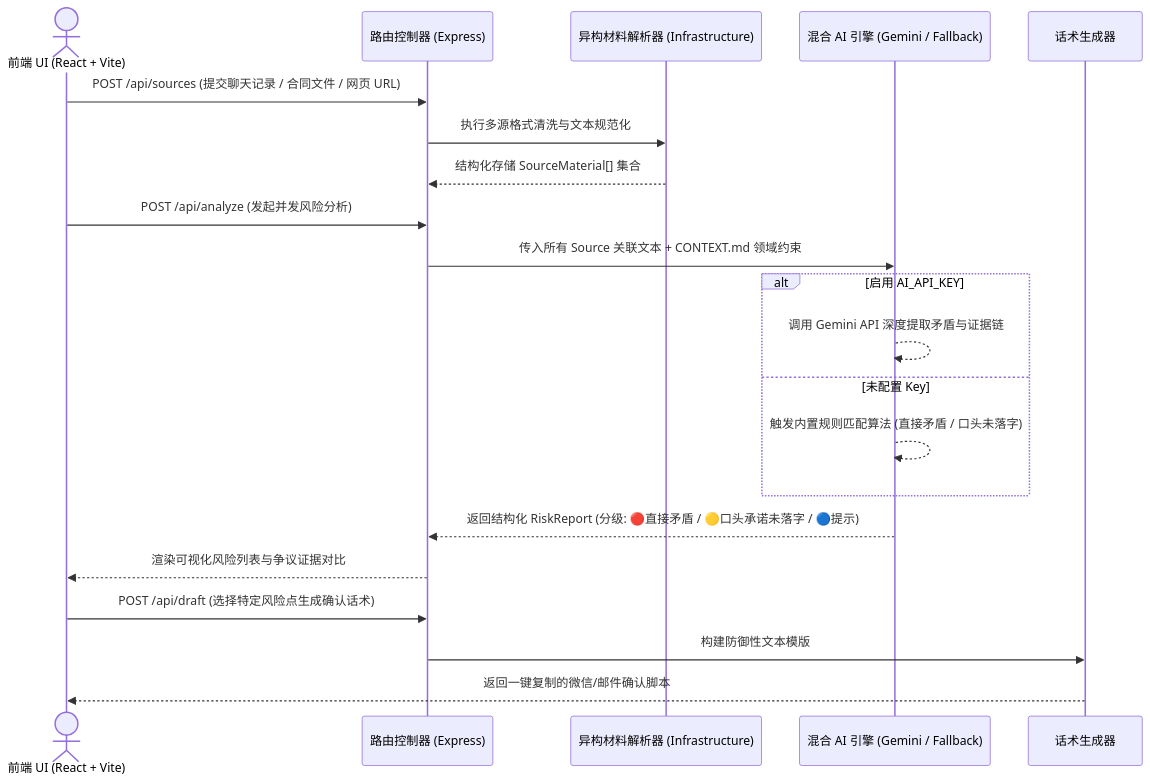
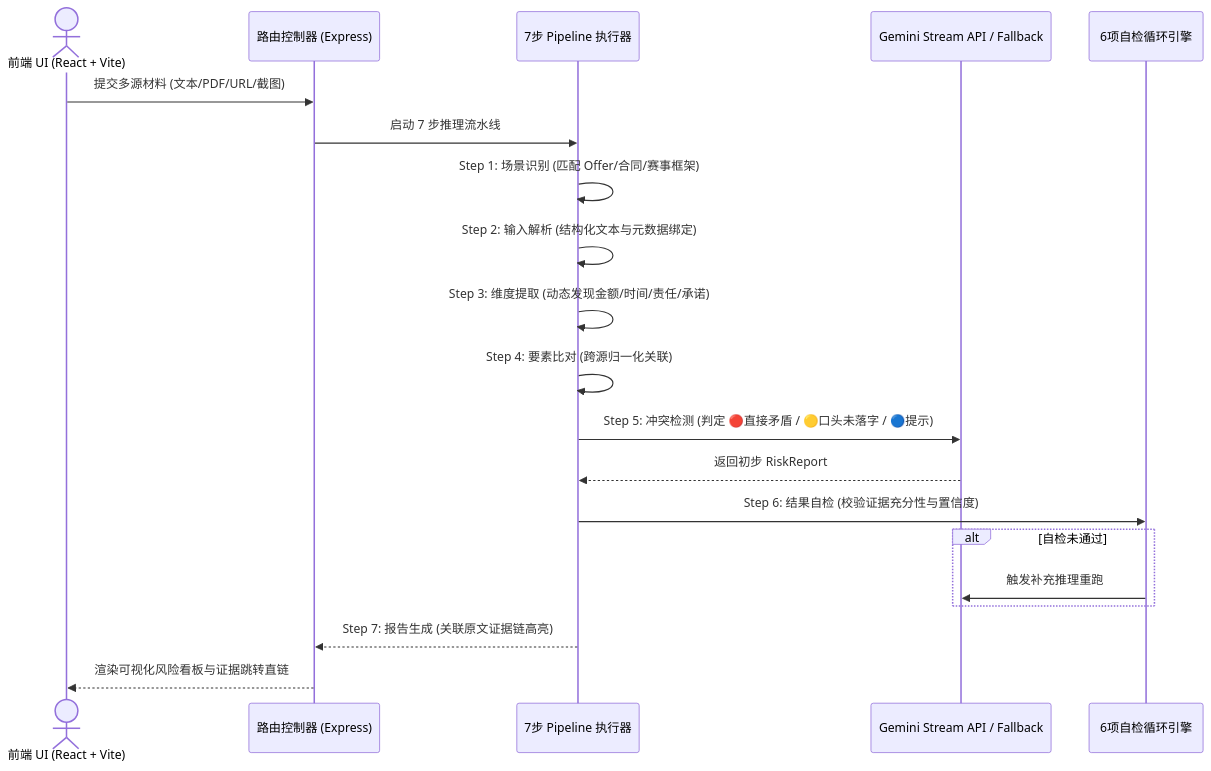
The second of 3 diagrams in README.md (MeiSiristhebest/youju), drawn with Mermaid before and after one commit. The commit also changed other lines of this file, not shown here.

Commit message:
Refined README.md for youju with TRAE contest background, 5-layer decoupled architecture, 7-step transparent AI pipeline, and bilingual support.

````diff
--- a/README.md
+++ b/README.md
@@ -68,24 +69,23 @@
 ```mermaid
 sequenceDiagram
     actor Client as 前端 UI (React + Vite)
     participant Server as 路由控制器 (Express)
-    participant Parser as 异构材料解析器 (Infrastructure)
-    participant AI as 混合 AI 引擎 (Gemini / Fallback)
-    participant Draft as 话术生成器
+    participant Pipeline as 7步 Pipeline 执行器
+    participant Gemini as Gemini Stream API / Fallback
+    participant Verifier as 6项自检循环引擎
 
-    Client->>Server: POST /api/sources (提交聊天记录 / 合同文件 / 网页 URL)
-    Server->>Parser: 执行多源格式清洗与文本规范化
-    Parser-->>Server: 结构化存储 SourceMaterial[] 集合
-    Client->>Server: POST /api/analyze (发起并发风险分析)
-    Server->>AI: 传入所有 Source 关联文本 + CONTEXT.md 领域约束
-    alt 启用 AI_API_KEY
-        AI-->>AI: 调用 Gemini API 深度提取矛盾与证据链
-    else 未配置 Key
-        AI-->>AI: 触发内置规则匹配算法 (直接矛盾 / 口头未落字)
+    Client->>Server: 提交多源材料 (文本/PDF/URL/截图)
+    Server->>Pipeline: 启动 7 步推理流水线
+    Pipeline->>Pipeline: Step 1: 场景识别 (匹配 Offer/合同/赛事框架)
+    Pipeline->>Pipeline: Step 2: 输入解析 (结构化文本与元数据绑定)
+    Pipeline->>Pipeline: Step 3: 维度提取 (动态发现金额/时间/责任/承诺)
+    Pipeline->>Pipeline: Step 4: 要素比对 (跨源归一化关联)
+    Pipeline->>Gemini: Step 5: 冲突检测 (判定 🔴直接矛盾 / 🟡口头未落字 / 🔵提示)
+    Gemini-->>Pipeline: 返回初步 RiskReport
+    Pipeline->>Verifier: Step 6: 结果自检 (校验证据充分性与置信度)
+    alt 自检未通过
+        Verifier->>Gemini: 触发补充推理重跑
     end
-    AI-->>Server: 返回结构化 RiskReport (分级: 🔴直接矛盾 / 🟡口头承诺未落字 / 🔵提示)
-    Server-->>Client: 渲染可视化风险列表与争议证据对比
-    Client->>Server: POST /api/draft (选择特定风险点生成确认话术)
-    Server->>Draft: 构建防御性文本模版
-    Draft-->>Client: 返回一键复制的微信/邮件确认脚本
+    Pipeline-->>Server: Step 7: 报告生成 (关联原文证据链高亮)
+    Server-->>Client: 渲染可视化风险看板与证据跳转直链
 ```
````
